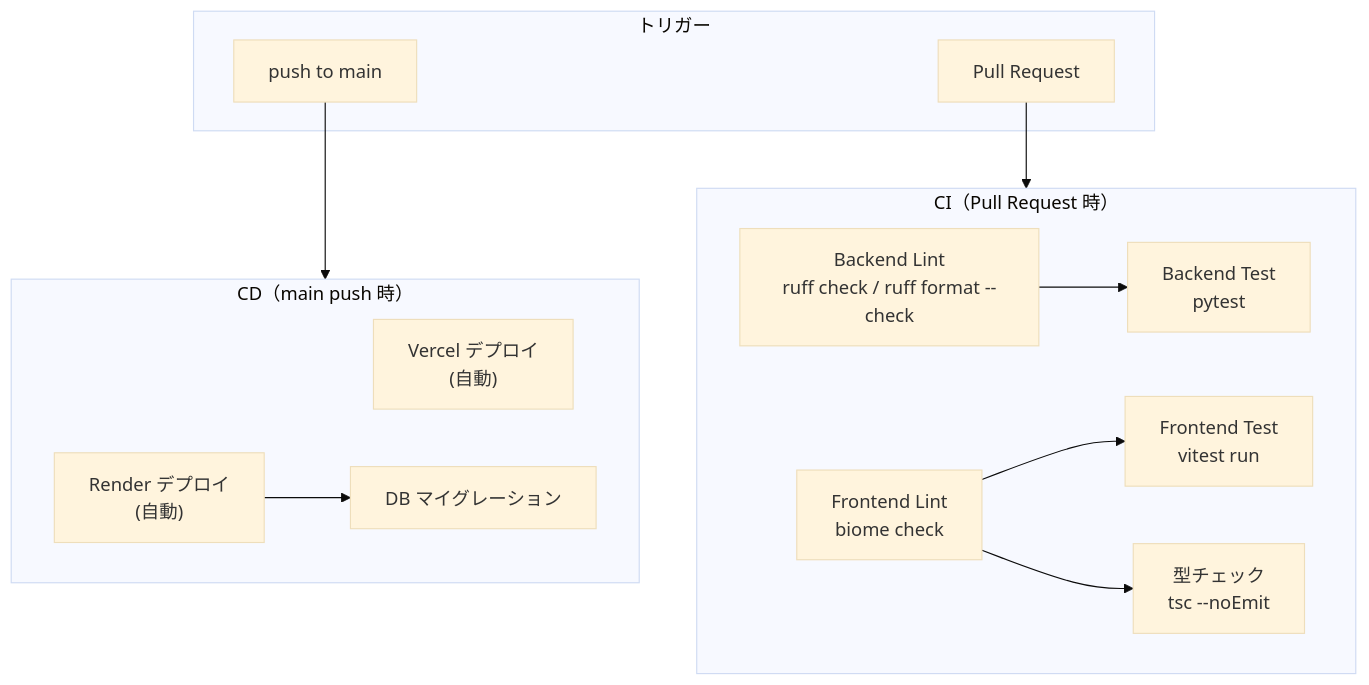
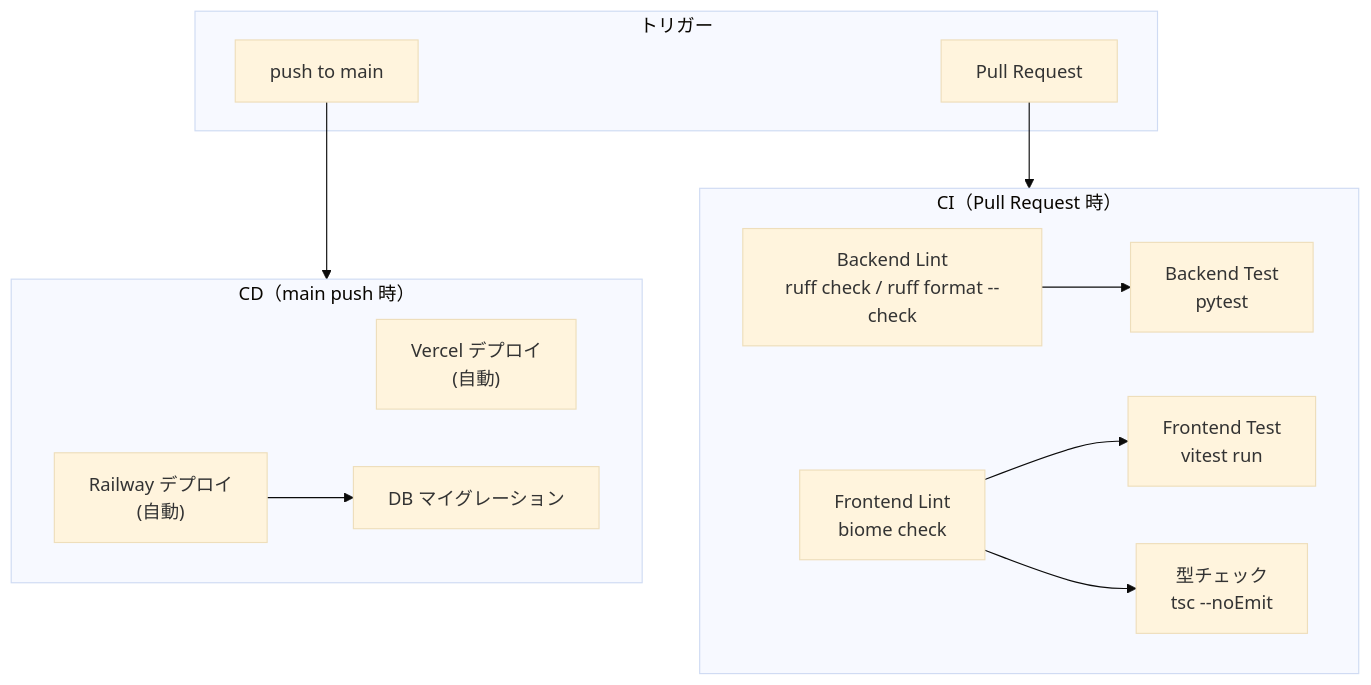
The eighth of 8 diagrams in docs/ARCHITECTURE.md (kensan914/claude-sandbox-report), drawn with Mermaid (base theme) before and after one commit. The commit also changed other lines of this file, not shown here.

````diff
--- a/docs/ARCHITECTURE.md
+++ b/docs/ARCHITECTURE.md
@@ -507,28 +507,28 @@
 ```mermaid
 graph TB
     subgraph Trigger["トリガー"]
         Push["push to main"]
         PR["Pull Request"]
     end
 
     subgraph CI["CI（Pull Request 時）"]
         LintBE["Backend Lint<br>ruff check / ruff format --check"]
         LintFE["Frontend Lint<br>biome check"]
         TestBE["Backend Test<br>pytest"]
         TestFE["Frontend Test<br>vitest run"]
         TypeCheck["型チェック<br>tsc --noEmit"]
     end
 
     subgraph CD["CD（main push 時）"]
         DeployFE["Vercel デプロイ<br>(自動)"]
-        DeployBE["Render デプロイ<br>(自動)"]
+        DeployBE["Railway デプロイ<br>(自動)"]
         Migrate["DB マイグレーション"]
     end
 
     PR --> CI
     Push --> CD
     LintBE --> TestBE
     LintFE --> TestFE
     LintFE --> TypeCheck
     DeployBE --> Migrate
 ```
````
